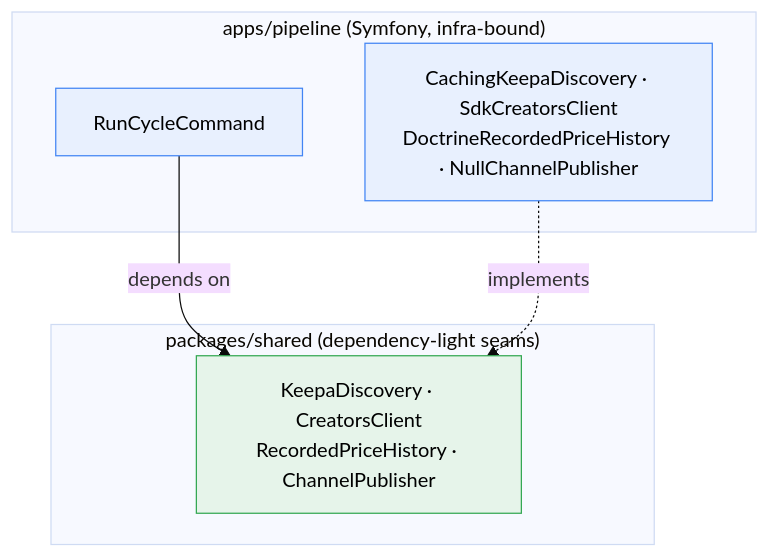
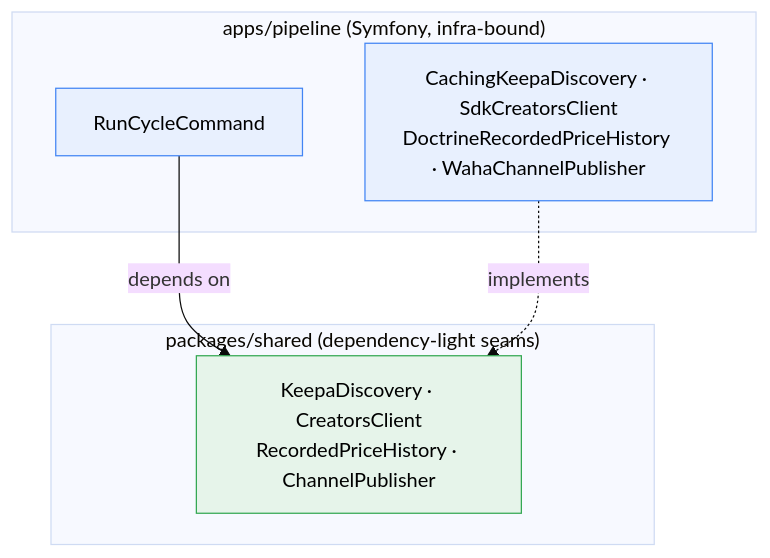
One commit to andreiRS/deal-promoter changed the second of 3 diagrams in README.md. Above: the diagram before and after it, drawn with Mermaid (base theme). The commit also changed other lines of this file, not shown here.

````diff
--- a/README.md
+++ b/README.md
@@ -106,18 +115,18 @@
 ```mermaid
 flowchart TB
     subgraph app ["apps/pipeline (Symfony, infra-bound)"]
         CMD["RunCycleCommand"]
-        IMPL["CachingKeepaDiscovery · SdkCreatorsClient<br/>DoctrineRecordedPriceHistory · NullChannelPublisher"]
+        IMPL["CachingKeepaDiscovery · SdkCreatorsClient<br/>DoctrineRecordedPriceHistory · WahaChannelPublisher"]
     end
     subgraph shared ["packages/shared (dependency-light seams)"]
         IFACE["KeepaDiscovery · CreatorsClient<br/>RecordedPriceHistory · ChannelPublisher"]
     end
 
     CMD -->|depends on| IFACE
     IMPL -.implements.-> IFACE
 
     classDef a fill:#e8f0fe,stroke:#4285f4,color:#000;
     classDef s fill:#e6f4ea,stroke:#34a853,color:#000;
     class CMD,IMPL a;
     class IFACE s;
 ```
````
